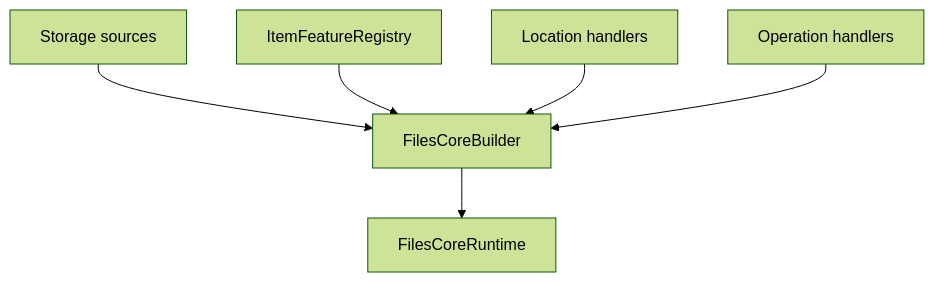
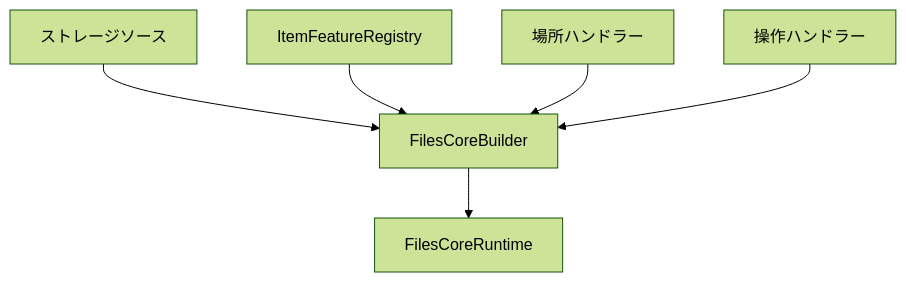
Before and after one commit to 0x5bfa/Files: the first of 2 diagrams in docs/architecture/composition.md, drawn with Mermaid (forest theme). The commit also changed other lines of this file and 18 other files, not shown here.

Commit message:
Translate architecture docs to Japanese

````diff
--- a/docs/architecture/composition.md
+++ b/docs/architecture/composition.md
@@ -7,15 +6,15 @@
 ```mermaid
 flowchart TB
     Builder["FilesCoreBuilder"]
-    Sources["Storage sources"]
+    Sources["ストレージソース"]
     Registry["ItemFeatureRegistry"]
-    Handlers["Location handlers"]
-    Operations["Operation handlers"]
+    Handlers["場所ハンドラー"]
+    Operations["操作ハンドラー"]
     Runtime["FilesCoreRuntime"]
 
     Sources --> Builder
     Registry --> Builder
     Handlers --> Builder
     Operations --> Builder
     Builder --> Runtime
 ```
````
